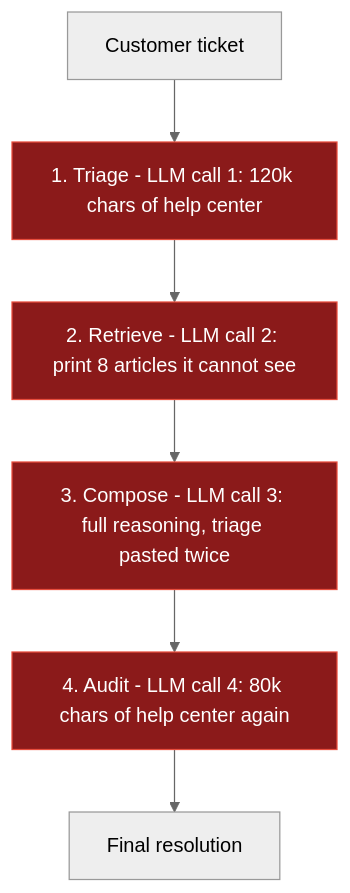
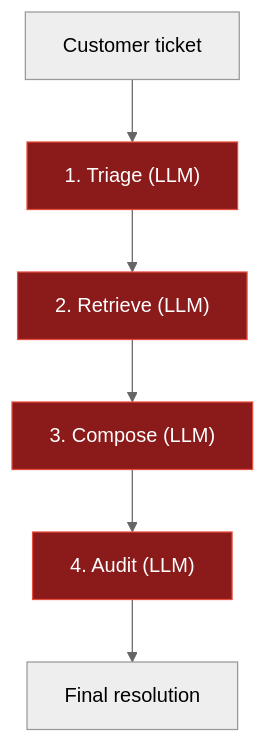
The third of 4 diagrams in question1/SUBMISSION.md (AnishKmSingh/intern-assignment-llm-cost-optimization), drawn with Mermaid (neutral theme) before and after one commit. The commit also changed other lines of this file, not shown here.

First line of the commit message:
Refactor submission with updated flowcharts and details

````diff
--- a/question1/SUBMISSION.md
+++ b/question1/SUBMISSION.md
@@ -39,11 +45,12 @@
 ```mermaid
+%%{init: {"flowchart": {"htmlLabels": false}}}%%
 flowchart TD
-    A["Customer ticket"] --> B["1. Triage - LLM call 1: 120k chars of help center"]
-    B --> C["2. Retrieve - LLM call 2: print 8 articles it cannot see"]
-    C --> D["3. Compose - LLM call 3: full reasoning, triage pasted twice"]
-    D --> E["4. Audit - LLM call 4: 80k chars of help center again"]
+    A["Customer ticket"] --> B["1. Triage (LLM)"]
+    B --> C["2. Retrieve (LLM)"]
+    C --> D["3. Compose (LLM)"]
+    D --> E["4. Audit (LLM)"]
     E --> F["Final resolution"]
 
     classDef llm fill:#8b1a1a,stroke:#e74c3c,color:#ffffff
     class B,C,D,E llm
 ```
````
